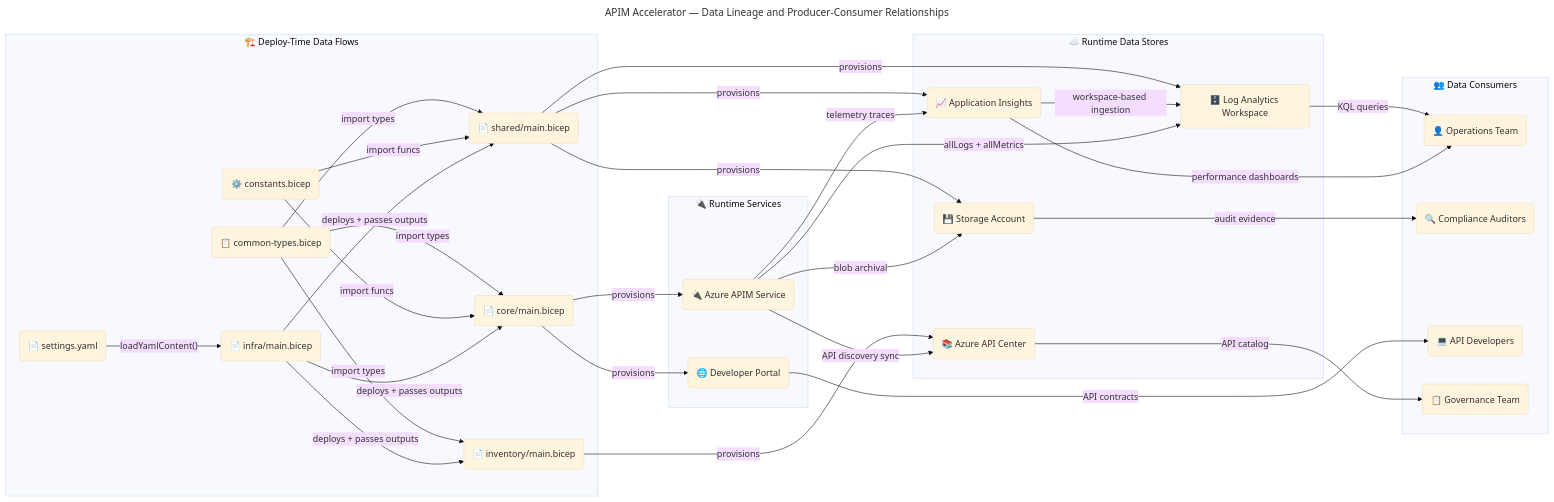
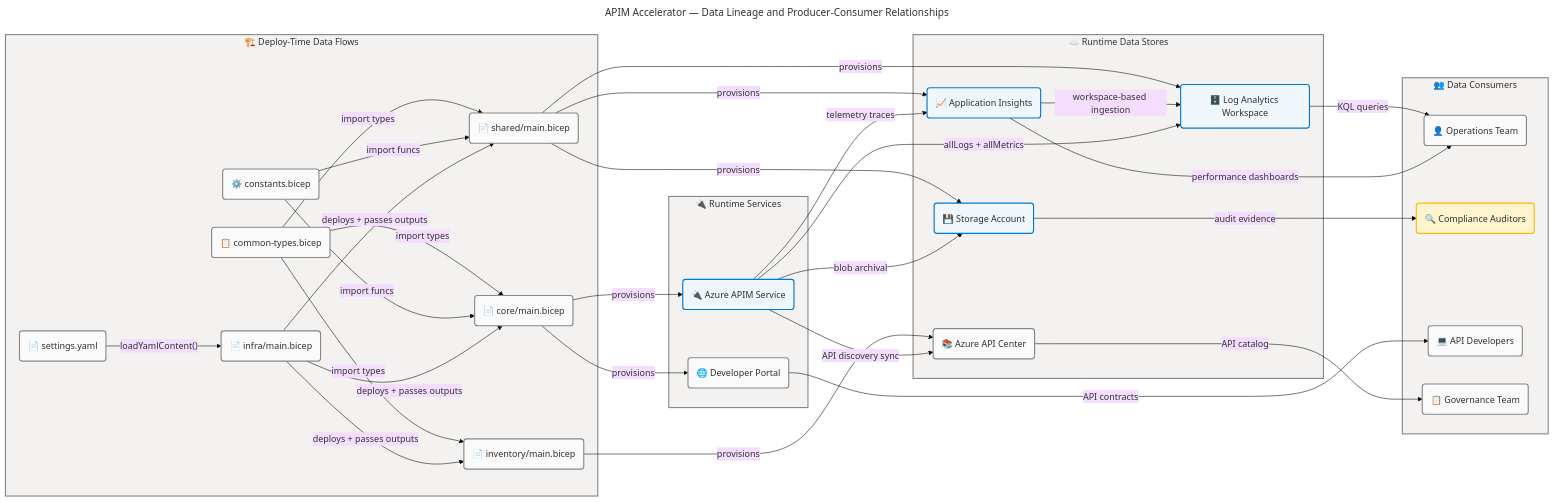
One commit to Evilazaro/APIM-Accelerator changed the fourth of 4 diagrams in docs/architecture/data-architecture.md. Above: the diagram before and after it, drawn with Mermaid. The commit also changed other lines of this file, not shown here.

Commit message:
style: enhance flowchart governance with Azure/Fluent architecture pattern v2.0, adding semantic classes and accessibility features

````diff
--- a/docs/architecture/data-architecture.md
+++ b/docs/architecture/data-architecture.md
@@ -800,6 +843,17 @@
 flowchart LR
     accTitle: APIM Accelerator Data Lineage and Producer-Consumer Relationships
     accDescr: Shows all data producer and consumer relationships including deployment-time configuration flows and runtime telemetry and API discovery flows
+
+    %% ═══════════════════════════════════════════════════════════════════════════
+    %% AZURE / FLUENT ARCHITECTURE PATTERN v2.0
+    %% (Semantic + Structural + Font + Accessibility Governance)
+    %% ═══════════════════════════════════════════════════════════════════════════
+    %% PHASE 1 - FLUENT UI: All styling uses approved Fluent UI palette only
+    %% PHASE 2 - GROUPS: Every subgraph has semantic color via style directive
+    %% PHASE 3 - COMPONENTS: Every node has semantic classDef + icon prefix
+    %% PHASE 4 - ACCESSIBILITY: accTitle/accDescr present, WCAG AA contrast
+    %% PHASE 5 - STANDARD: Governance block present, classDefs centralized
+    %% ═══════════════════════════════════════════════════════════════════════════
 
 
 
@@ -858,5 +912,15 @@
     AI -->|"performance dashboards"| OPS
     APICENTER -->|"API catalog"| GOVTEAM
 
+    classDef neutral fill:#FAFAFA,stroke:#8A8886,stroke-width:2px,color:#323130
+    classDef core fill:#EFF6FC,stroke:#0078D4,stroke-width:2px,color:#323130
+    classDef success fill:#DFF6DD,stroke:#107C10,stroke-width:2px,color:#323130
+    classDef warning fill:#FFF4CE,stroke:#FFB900,stroke-width:2px,color:#323130
+    classDef danger fill:#FDE7E9,stroke:#D13438,stroke-width:2px,color:#323130
+
+    style deployTime fill:#F3F2F1,stroke:#8A8886,stroke-width:2px,color:#323130
+    style runtimeStores fill:#F3F2F1,stroke:#8A8886,stroke-width:2px,color:#323130
+    style runtimeServices fill:#F3F2F1,stroke:#8A8886,stroke-width:2px,color:#323130
+    style consumers fill:#F3F2F1,stroke:#8A8886,stroke-width:2px,color:#323130
 
 ```
````
